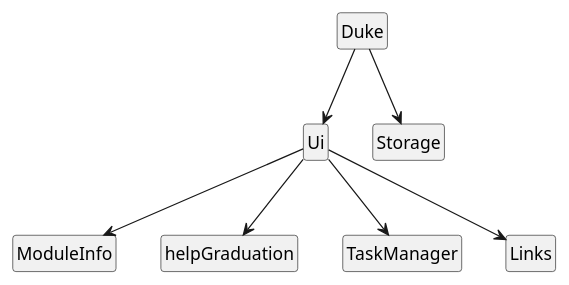
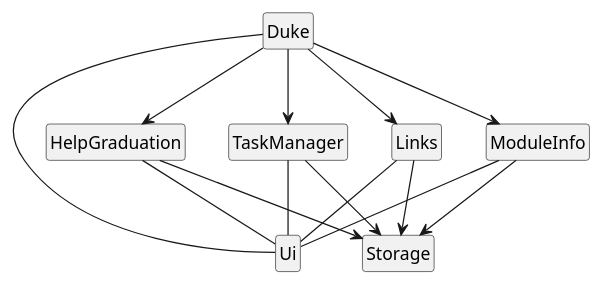
Before and after one commit to nus-cs2113-AY2021S2/tp: the diagram in docs/diagrams/MainArchitecture.puml, drawn with PlantUML. The commit also changed 2 other files, not shown here.

```diff
--- a/docs/diagrams/MainArchitecture.puml
+++ b/docs/diagrams/MainArchitecture.puml
@@ -1,22 +1,32 @@
 @startuml
 
 hide members
 hide circle
 
 class Duke
 class Ui
 class ModuleInfo
-class helpGraduation
+class HelpGraduation
 class TaskManager
 class Links
 class Storage
 
-Duke --> Ui
-Duke --> Storage
-Ui --> ModuleInfo
-Ui --> helpGraduation
-Ui --> TaskManager
-Ui --> Links
+Duke -- Ui
+Duke --> ModuleInfo
+ModuleInfo --> Storage
+ModuleInfo -- Ui
+
+Duke --> HelpGraduation
+HelpGraduation -- Ui
+HelpGraduation --> Storage
+
+Duke --> TaskManager
+TaskManager -- Ui
+TaskManager --> Storage
 
 
+Duke --> Links
+Links -- Ui
+Links --> Storage
+
 @enduml
```
